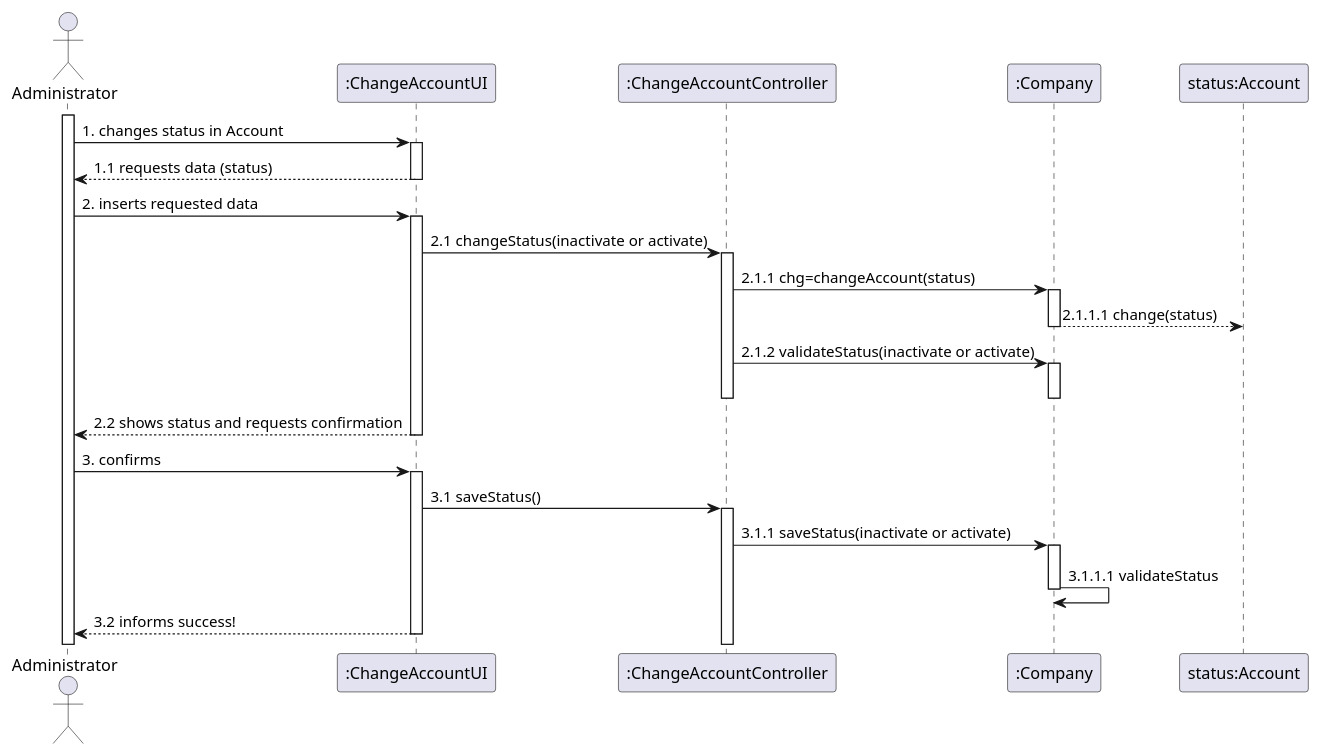
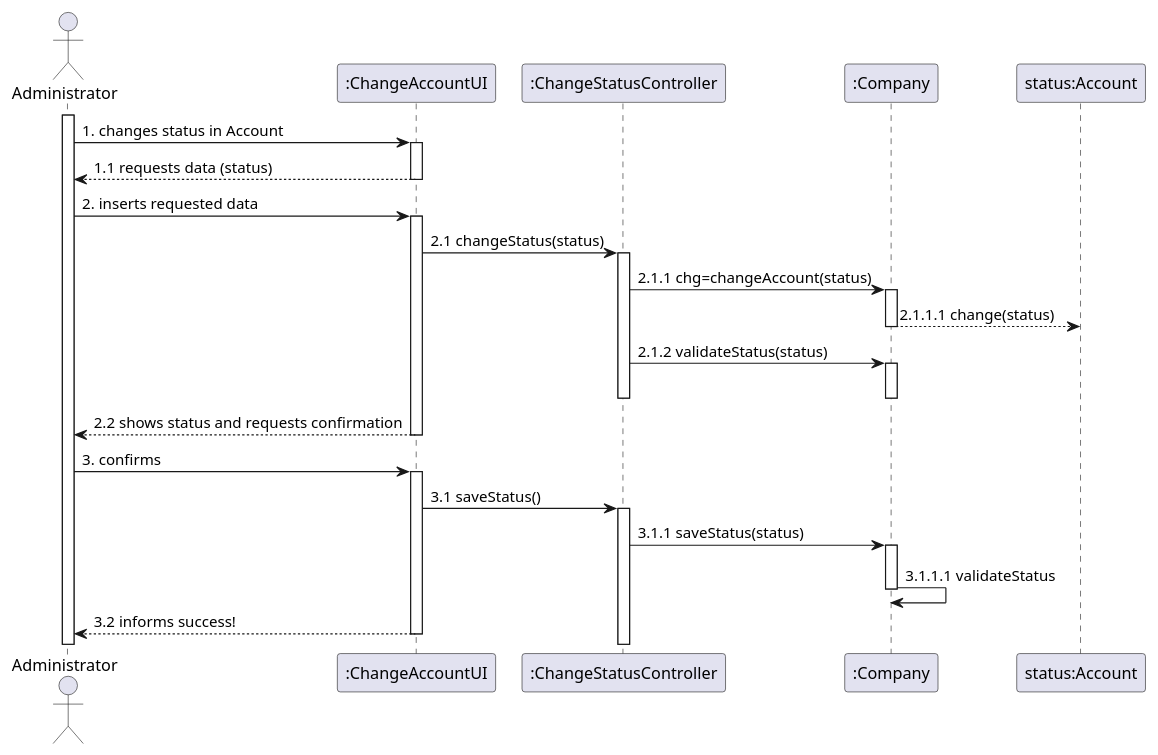
One commit to Loracline/project_switch_22-23 changed the diagram in docs/modelling_design/user_stories/us006/US006_Sequence_Diagram.puml. Above: the diagram before and after it, drawn with PlantUML. The commit also changed 1 other file, not shown here.

Commit message:
US 006: Design: update class Diagram / update SSD

```diff
--- a/docs/modelling_design/user_stories/us006/US006_Sequence_Diagram.puml
+++ b/docs/modelling_design/user_stories/us006/US006_Sequence_Diagram.puml
@@ -2,42 +2,42 @@
 @startuml
 'última versão
 'https://plantuml.com/sequence-diagram
 
 
 actor "Administrator"
 participant ":ChangeAccountUI" as caUi
-participant ":ChangeAccountController" as cac
+participant ":ChangeStatusController" as cac
 participant ":Company" as company
 participant "status:Account" as Account
 
 activate Administrator
 Administrator  -> caUi : 1. changes status in Account
 activate caUi
 caUi --> Administrator: 1.1 requests data (status)
 deactivate caUi
 Administrator -> caUi: 2. inserts requested data
 activate caUi
-caUi -> cac: 2.1 changeStatus(inactivate or activate)
+caUi -> cac: 2.1 changeStatus(status)
 activate cac
 cac -> company: 2.1.1 chg=changeAccount(status)
 activate company
 company --> Account: 2.1.1.1 change(status)
 deactivate company
-cac -> company: 2.1.2 validateStatus(inactivate or activate)
+cac -> company: 2.1.2 validateStatus(status)
 activate company
 deactivate cac
 deactivate company
 caUi --> Administrator: 2.2 shows status and requests confirmation
 deactivate caUi
 Administrator -> caUi: 3. confirms
 activate caUi
 caUi -> cac: 3.1 saveStatus()
 activate cac
-cac -> company: 3.1.1 saveStatus(inactivate or activate)
+cac -> company: 3.1.1 saveStatus(status)
 activate company
 company -> company: 3.1.1.1 validateStatus
 deactivate company
 caUi --> Administrator: 3.2 informs success!
 deactivate caUi
 
 @enduml
```
